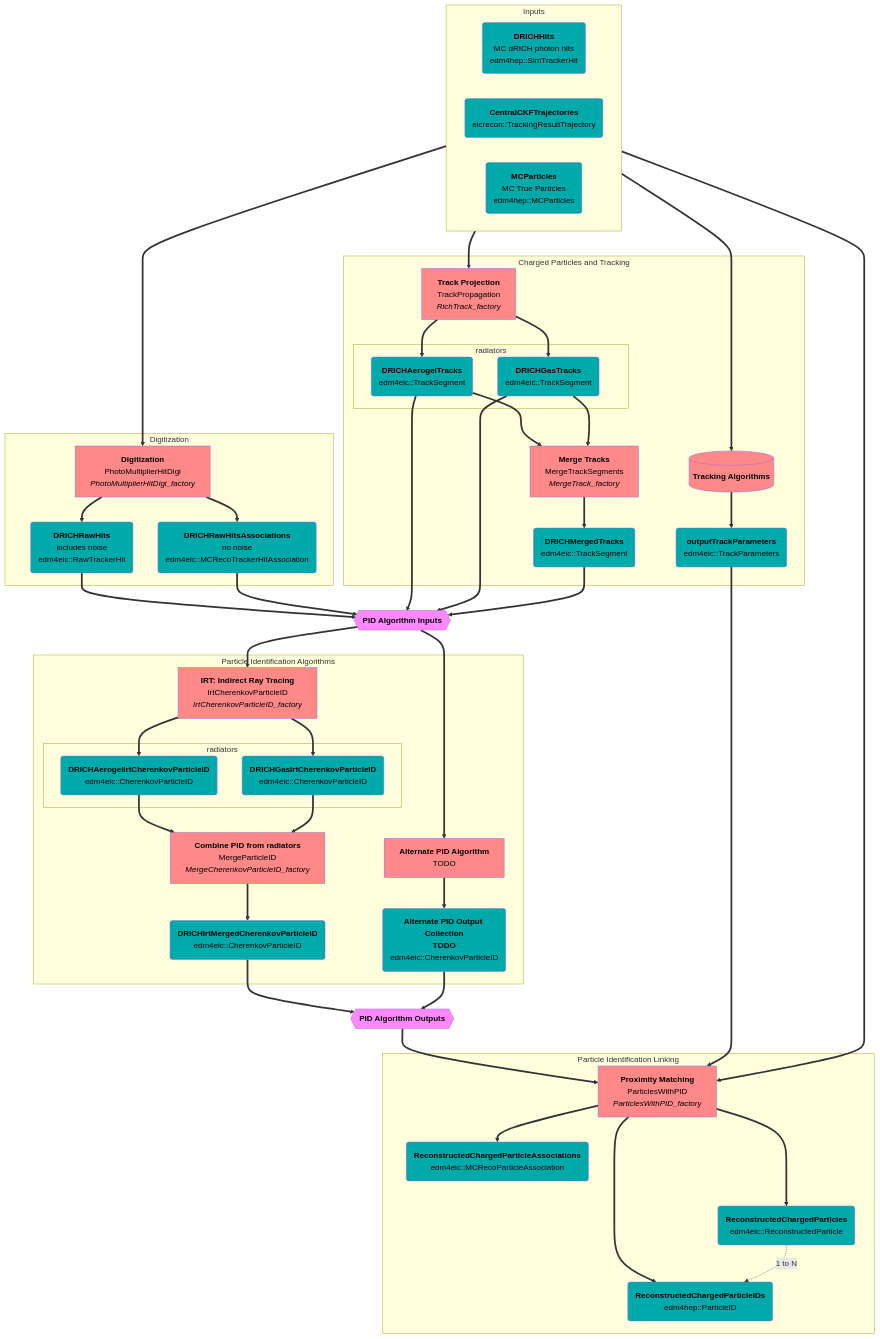
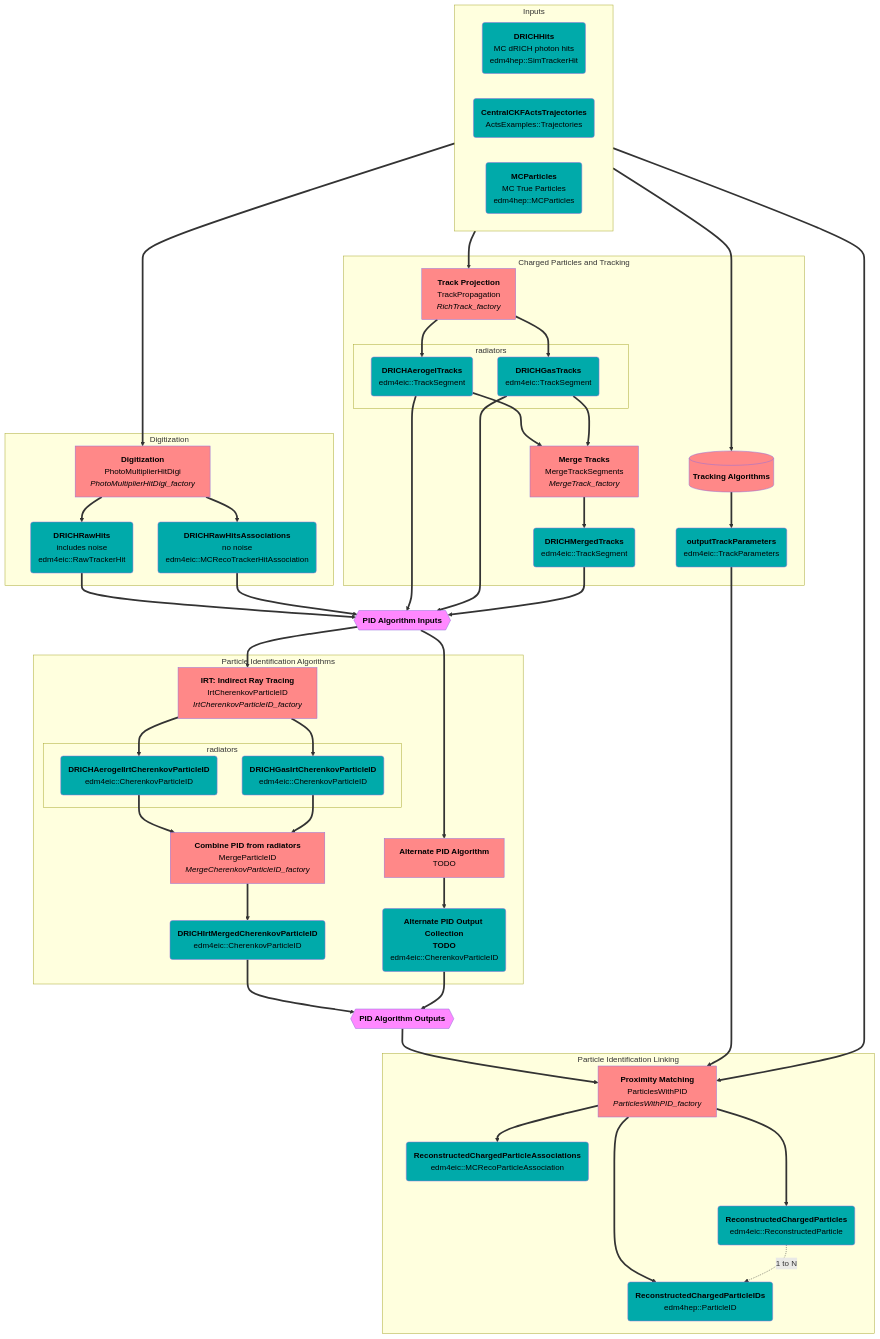
Before and after one commit to eic/EICrecon: the second of 5 diagrams in src/detectors/DRICH/README.md, drawn with Mermaid. The commit also changed other lines of this file and 348 other files, not shown here.

```diff
--- a/src/detectors/DRICH/README.md
+++ b/src/detectors/DRICH/README.md
@@ -30,7 +30,7 @@
   subgraph Inputs
     direction LR
     SimHits(<strong>DRICHHits</strong><br/>MC dRICH photon hits<br/>edm4hep::SimTrackerHit):::col
-    Trajectories(<strong>CentralCKFTrajectories</strong><br/>eicrecon::TrackingResultTrajectory):::col
+    Trajectories(<strong>CentralCKFActsTrajectories</strong><br/>ActsExamples::Trajectories):::col
     MCParts(<strong>MCParticles</strong><br/>MC True Particles<br/>edm4hep::MCParticles):::col
   end
 
```
